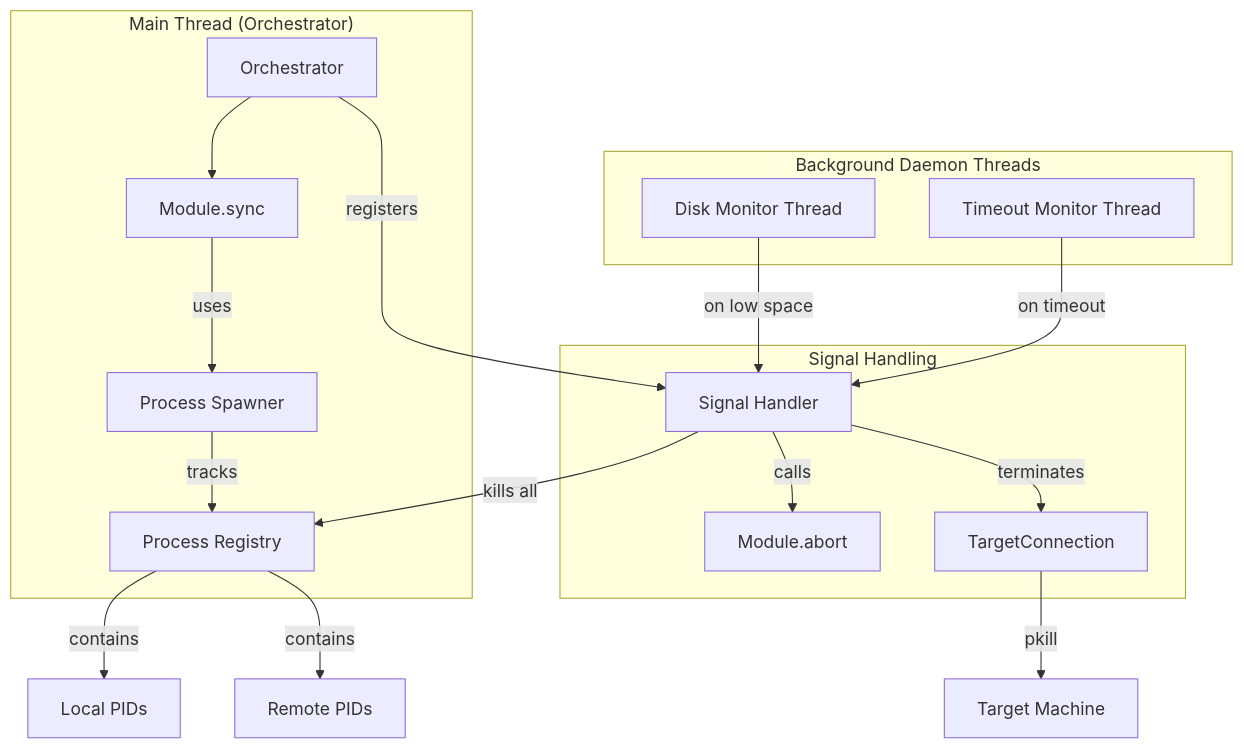
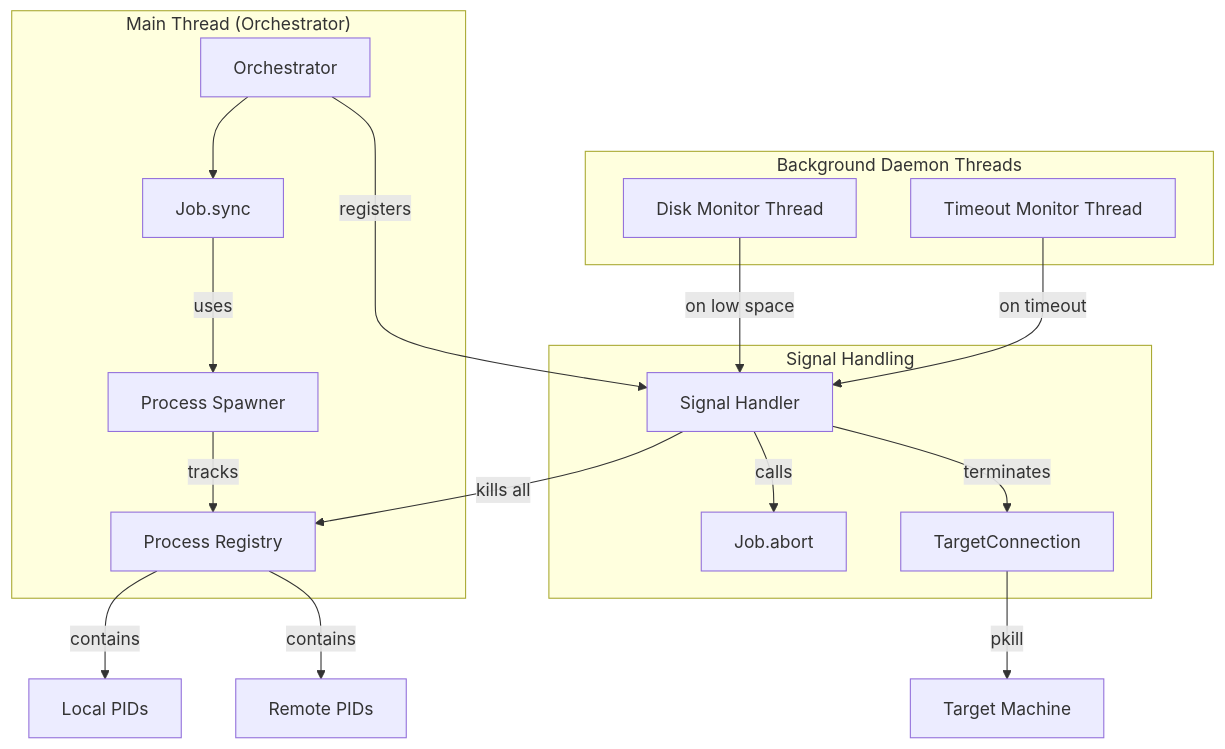
Before and after one commit to flaksit/pc-switcher: the fifth of 8 diagrams in docs/adr/considerations/async-vs-sync-concurrency-analysis.md, drawn with Mermaid. The commit also changed other lines of this file and 39 other files, not shown here.

Commit message:
rename Module to Job

````diff
--- a/docs/adr/considerations/async-vs-sync-concurrency-analysis.md
+++ b/docs/adr/considerations/async-vs-sync-concurrency-analysis.md
@@ -902,29 +902,29 @@
 ```mermaid
 graph TB
     subgraph MainThread["Main Thread (Orchestrator)"]
-        O[Orchestrator] --> M[Module.sync]
+        O[Orchestrator] --> M[Job.sync]
         M --> |"uses"| PS[Process Spawner]
         PS --> |"tracks"| PR[Process Registry]
     end
 
     subgraph DaemonThreads["Background Daemon Threads"]
         DM[Disk Monitor Thread]
         TM[Timeout Monitor Thread]
     end
 
     subgraph SignalHandling["Signal Handling"]
         SH[Signal Handler]
         SH --> |"kills all"| PR
-        SH --> |"calls"| MA[Module.abort]
+        SH --> |"calls"| MA[Job.abort]
         SH --> |"terminates"| TC[TargetConnection]
     end
 
     DM --> |"on low space"| SH
     TM --> |"on timeout"| SH
     O --> |"registers"| SH
 
     PR --> |"contains"| LP[Local PIDs]
     PR --> |"contains"| RP[Remote PIDs]
 
     TC --> |"pkill"| Target[Target Machine]
 ```
````
